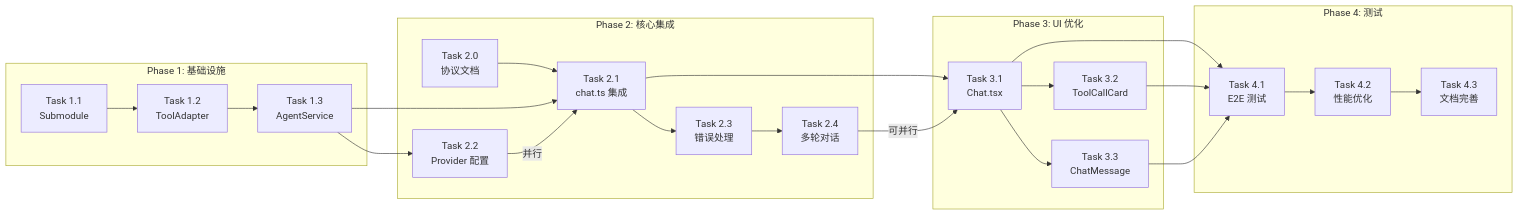
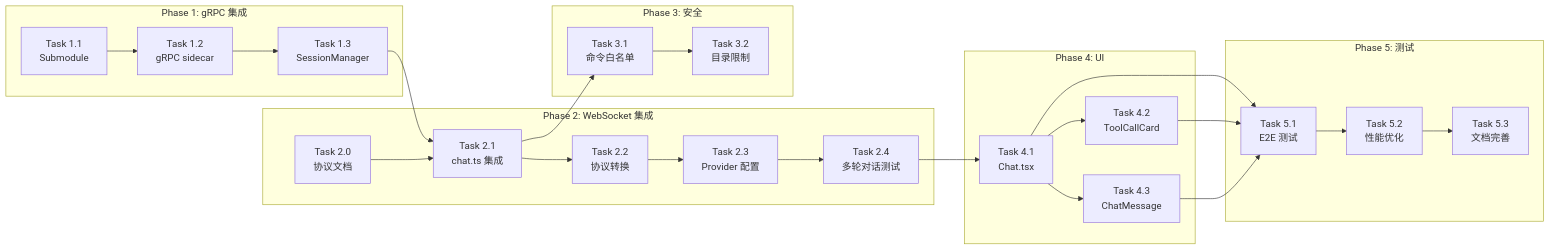
The diagram in docs/superpowers/plans/2026-04-10-openclaude-integration-plan.md (HuiltSun/web-ai-ide-desktop), drawn with Mermaid before and after one commit. The commit also changed other lines of this file and 1 other file, not shown here.

````diff
--- a/docs/superpowers/plans/2026-04-10-openclaude-integration-plan.md
+++ b/docs/superpowers/plans/2026-04-10-openclaude-integration-plan.md
@@ -582,43 +587,48 @@
 ```mermaid
 graph LR
-    subgraph Phase_1["Phase 1: 基础设施"]
+    subgraph Phase_1["Phase 1: gRPC 集成"]
         A1["Task 1.1<br/>Submodule"]
-        A2["Task 1.2<br/>ToolAdapter"]
-        A3["Task 1.3<br/>AgentService"]
+        A2["Task 1.2<br/>gRPC sidecar"]
+        A3["Task 1.3<br/>SessionManager"]
         A1 --> A2 --> A3
     end
 
-    subgraph Phase_2["Phase 2: 核心集成"]
+    subgraph Phase_2["Phase 2: WebSocket 集成"]
         B0["Task 2.0<br/>协议文档"]
         B1["Task 2.1<br/>chat.ts 集成"]
-        B2["Task 2.2<br/>Provider 配置"]
-        B3["Task 2.3<br/>错误处理"]
-        B4["Task 2.4<br/>多轮对话"]
+        B2["Task 2.2<br/>协议转换"]
+        B3["Task 2.3<br/>Provider 配置"]
+        B4["Task 2.4<br/>多轮对话测试"]
+        A3 --> B1
         B0 --> B1
-        A3 --> B1
-        A3 --> B2
-        B1 --> B3
-        B2 -->|并行| B1
+        B1 --> B2
+        B2 --> B3
         B3 --> B4
     end
 
-    subgraph Phase_3["Phase 3: UI 优化"]
-        C1["Task 3.1<br/>Chat.tsx"]
-        C2["Task 3.2<br/>ToolCallCard"]
-        C3["Task 3.3<br/>ChatMessage"]
+    subgraph Phase_3["Phase 3: 安全"]
+        C1["Task 3.1<br/>命令白名单"]
+        C2["Task 3.2<br/>目录限制"]
         B1 --> C1
-        B4 -->|可并行| C1
         C1 --> C2
-        C1 --> C3
     end
 
-    subgraph Phase_4["Phase 4: 测试"]
-        D1["Task 4.1<br/>E2E 测试"]
-        D2["Task 4.2<br/>性能优化"]
-        D3["Task 4.3<br/>文档完善"]
-        C1 --> D1
-        C2 --> D1
-        C3 --> D1
-        D1 --> D2 --> D3
+    subgraph Phase_4["Phase 4: UI"]
+        D1["Task 4.1<br/>Chat.tsx"]
+        D2["Task 4.2<br/>ToolCallCard"]
+        D3["Task 4.3<br/>ChatMessage"]
+        B4 --> D1
+        D1 --> D2
+        D1 --> D3
+    end
+
+    subgraph Phase_5["Phase 5: 测试"]
+        E1["Task 5.1<br/>E2E 测试"]
+        E2["Task 5.2<br/>性能优化"]
+        E3["Task 5.3<br/>文档完善"]
+        D1 --> E1
+        D2 --> E1
+        D3 --> E1
+        E1 --> E2 --> E3
     end
 ```
````
